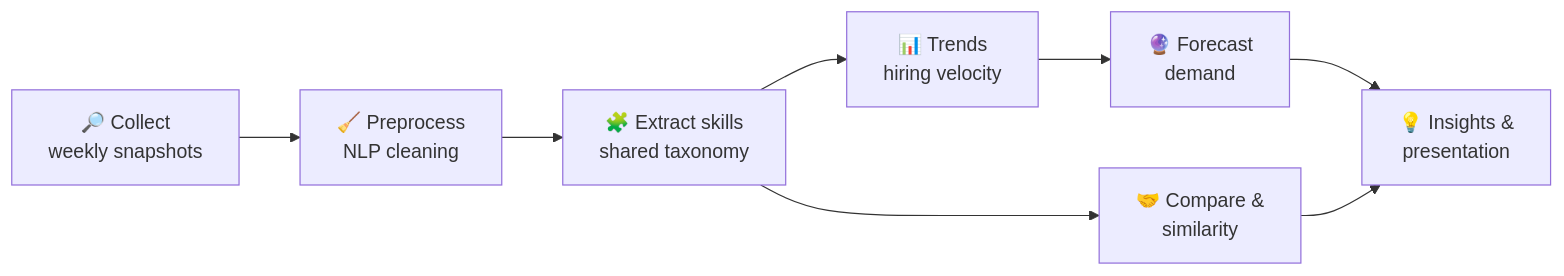
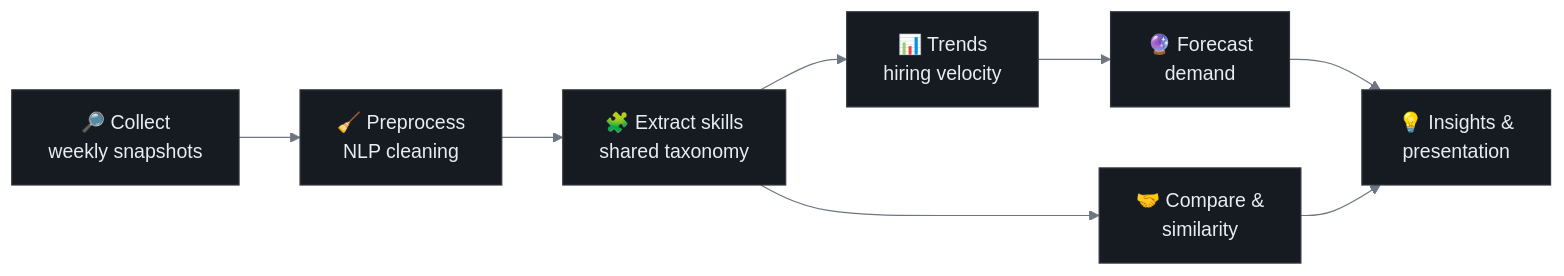
The diagram in README.md (FrankPonce/competitor-demand-prediction), drawn with Mermaid before and after one commit. The commit also changed other lines of this file and 29 other files, not shown here.

````diff
--- a/README.md
+++ b/README.md
@@ -27,10 +24,11 @@
 ```mermaid
+%%{init: {'theme':'base','themeVariables':{'background':'#0d1117','primaryColor':'#161b22','primaryTextColor':'#e6edf3','primaryBorderColor':'#30363d','lineColor':'#6e7681','fontFamily':'Segoe UI, Inter, sans-serif'}}}%%
 flowchart LR
     A[🔎 Collect<br/>weekly snapshots] --> B[🧹 Preprocess<br/>NLP cleaning]
     B --> C[🧩 Extract skills<br/>shared taxonomy]
     C --> D[📊 Trends<br/>hiring velocity]
     D --> E[🔮 Forecast<br/>demand]
     C --> F[🤝 Compare &<br/>similarity]
     E --> G[💡 Insights &<br/>presentation]
     F --> G
 ```
````
